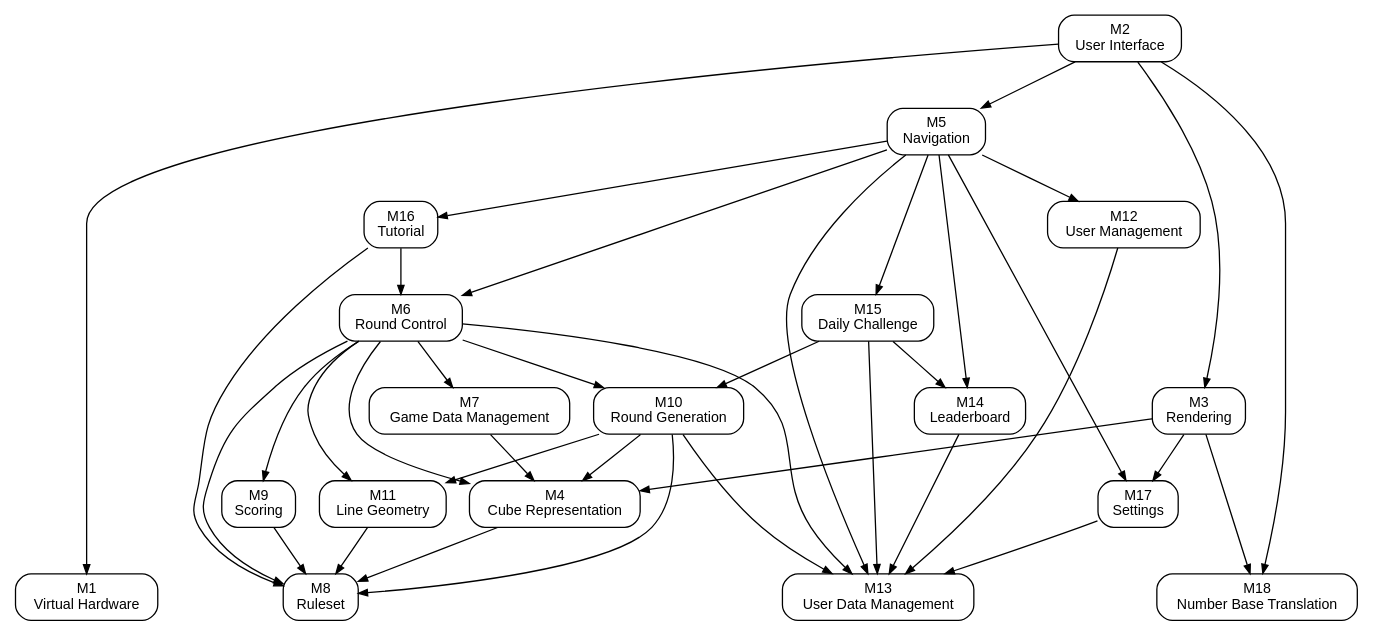
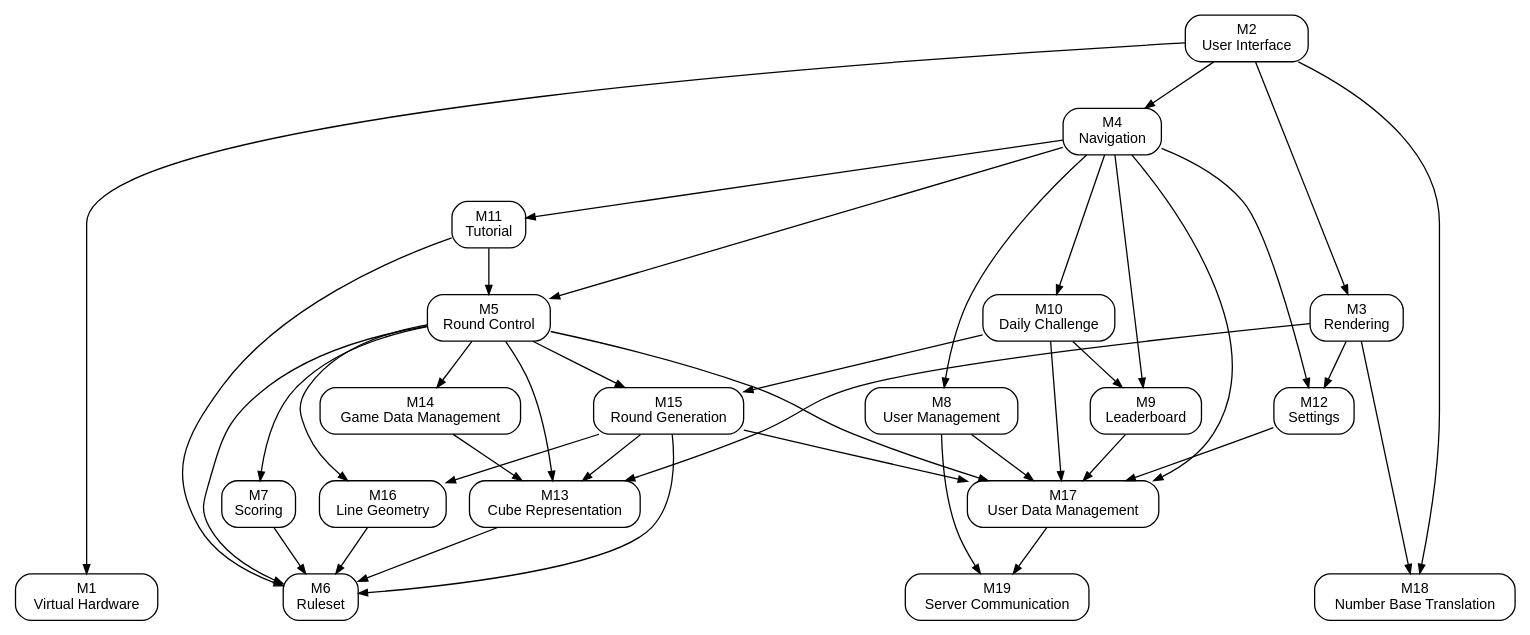
Before and after one commit to Jacob-MB/magic-8: the diagram in docs/Design/SoftArchitecture/UsesHierarchy.dot, drawn with Graphviz. The commit also changed 2 other files, not shown here.

Commit message:
Added Server Module and Updated UI Module

```diff
--- a/docs/Design/SoftArchitecture/UsesHierarchy.dot
+++ b/docs/Design/SoftArchitecture/UsesHierarchy.dot
@@ -1,53 +1,55 @@
 // Uses hierarchy for the Magic 8 Module Guide (MG.tex, Figure "Use hierarchy among modules").
 // An arrow A -> B means module A uses module B.
 // Regenerate the figure with:
 //   dot -Tpng -Gdpi=200 UsesHierarchy.dot -o UsesHierarchy.png
 
 digraph UsesHierarchy {
     rankdir = TB;
     node [shape = box, style = rounded, fontname = "Helvetica", fontsize = 11];
     edge [arrowsize = 0.7];
 
     // Hardware-hiding modules
     VH  [label = "M1\nVirtual Hardware"];
-    UI  [label = "M2\nUser Interface"];
 
     // Behaviour-hiding modules
+    UI  [label = "M2\nUser Interface"];
     RE  [label = "M3\nRendering"];
-    N   [label = "M5\nNavigation"];
-    RC  [label = "M6\nRound Control"];
-    R   [label = "M8\nRuleset"];
-    SC  [label = "M9\nScoring"];
-    UM  [label = "M12\nUser Management"];
-    L   [label = "M14\nLeaderboard"];
-    DC  [label = "M15\nDaily Challenge"];
-    T   [label = "M16\nTutorial"];
-    SE  [label = "M17\nSettings"];
+    N   [label = "M4\nNavigation"];
+    RC  [label = "M5\nRound Control"];
+    R   [label = "M6\nRuleset"];
+    SC  [label = "M7\nScoring"];
+    UM  [label = "M8\nUser Management"];
+    L   [label = "M9\nLeaderboard"];
+    DC  [label = "M10\nDaily Challenge"];
+    T   [label = "M11\nTutorial"];
+    SE  [label = "M12\nSettings"];
 
     // Software decision modules
-    CR  [label = "M4\nCube Representation"];
-    GDM [label = "M7\nGame Data Management"];
-    RG  [label = "M10\nRound Generation"];
-    TG  [label = "M11\nLine Geometry"];
-    UDM [label = "M13\nUser Data Management"];
+    CR  [label = "M13\nCube Representation"];
+    GDM [label = "M14\nGame Data Management"];
+    RG  [label = "M15\nRound Generation"];
+    TG  [label = "M16\nLine Geometry"];
+    UDM [label = "M17\nUser Data Management"];
     NBT [label = "M18\nNumber Base Translation"];
+    SCM [label = "M19\nServer Communication"];
 
     // Modules that use no other module sit on the bottom row
-    { rank = sink; VH; R; NBT; UDM; }
+    { rank = sink; VH; R; NBT; SCM; }
 
     // User Interface is the only point of contact with the user, so it sits at the top
     UI  -> { N RE NBT VH };
     N   -> { RC T DC UM L SE UDM };
     T   -> { RC R };
     DC  -> { RG L UDM };
     RC  -> { RG TG SC GDM CR R UDM };
     RG  -> { TG R CR UDM };
     RE  -> { CR NBT SE };
     TG  -> R;
     CR  -> R;
     SC  -> R;
     GDM -> CR;
-    UM  -> UDM;
+    UM  -> { UDM SCM };
     L   -> UDM;
     SE  -> UDM;
+    UDM -> SCM;
 }
```
